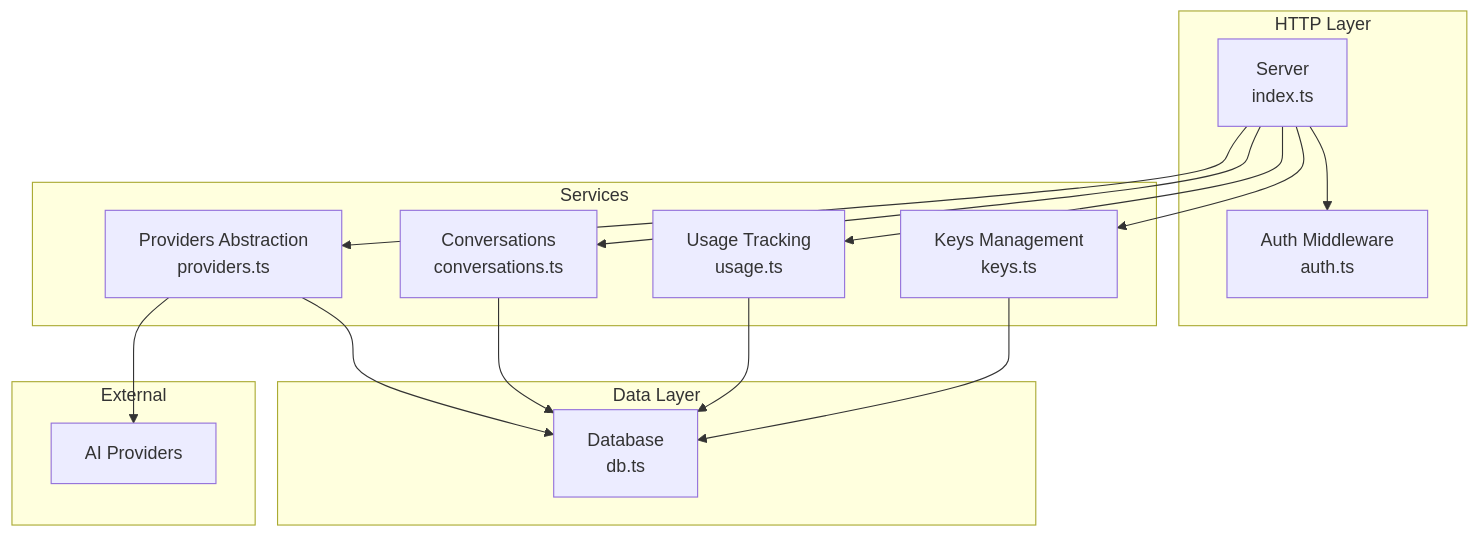
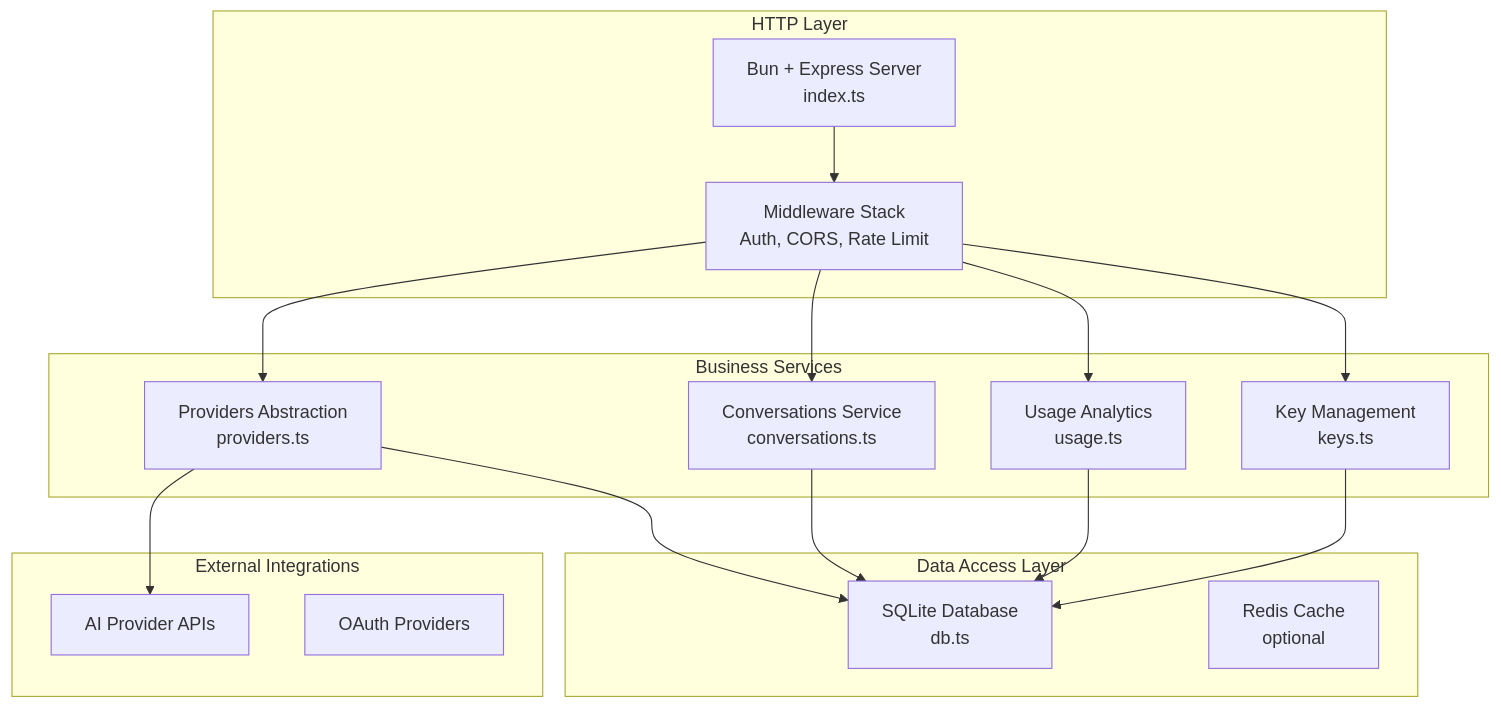
One commit to HassanAmeer/cheaprouter changed the second of 10 diagrams in .qoder/repowiki/en/content/Backend Architecture/Backend Architecture.md. Above: the diagram before and after it, drawn with Mermaid. The commit also changed other lines of this file and 54 other files, not shown here.

````diff
--- a/.qoder/repowiki/en/content/Backend Architecture/Backend Architecture.md
+++ b/.qoder/repowiki/en/content/Backend Architecture/Backend Architecture.md
@@ -74,29 +86,31 @@
 ```mermaid
 graph TB
 subgraph "HTTP Layer"
-S["Server<br/>index.ts"]
-M["Auth Middleware<br/>auth.ts"]
+S["Bun + Express Server<br/>index.ts"]
+M["Middleware Stack<br/>Auth, CORS, Rate Limit"]
 end
-subgraph "Services"
+subgraph "Business Services"
 P["Providers Abstraction<br/>providers.ts"]
-CV["Conversations<br/>conversations.ts"]
-U["Usage Tracking<br/>usage.ts"]
-K["Keys Management<br/>keys.ts"]
+CV["Conversations Service<br/>conversations.ts"]
+U["Usage Analytics<br/>usage.ts"]
+K["Key Management<br/>keys.ts"]
 end
-subgraph "Data Layer"
-DB["Database<br/>db.ts"]
+subgraph "Data Access Layer"
+DB["SQLite Database<br/>db.ts"]
+CACHE["Redis Cache<br/>optional"]
 end
-subgraph "External"
-EX["AI Providers"]
+subgraph "External Integrations"
+EX["AI Provider APIs"]
+AUTH["OAuth Providers"]
 end
 S --> M
-S --> P
-S --> CV
-S --> U
-S --> K
+M --> P
+M --> CV
+M --> U
+M --> K
 P --> DB
 CV --> DB
 U --> DB
 K --> DB
 P --> EX
 ```
````
